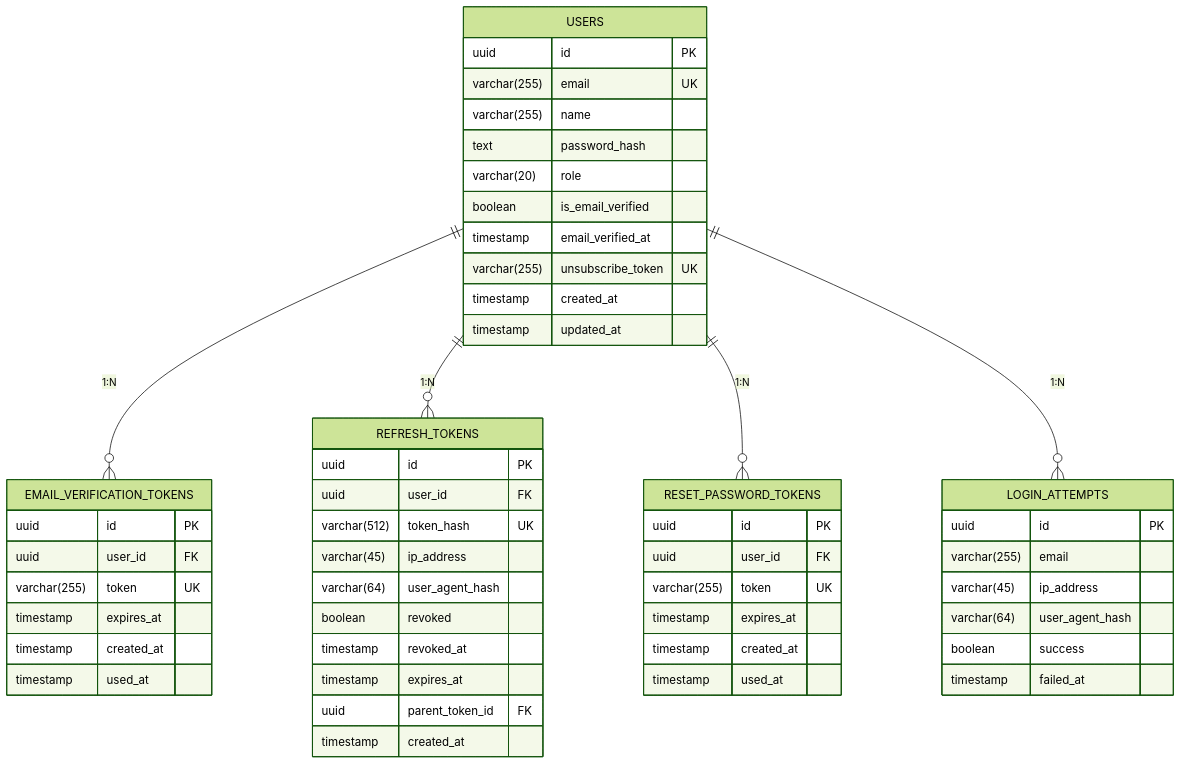
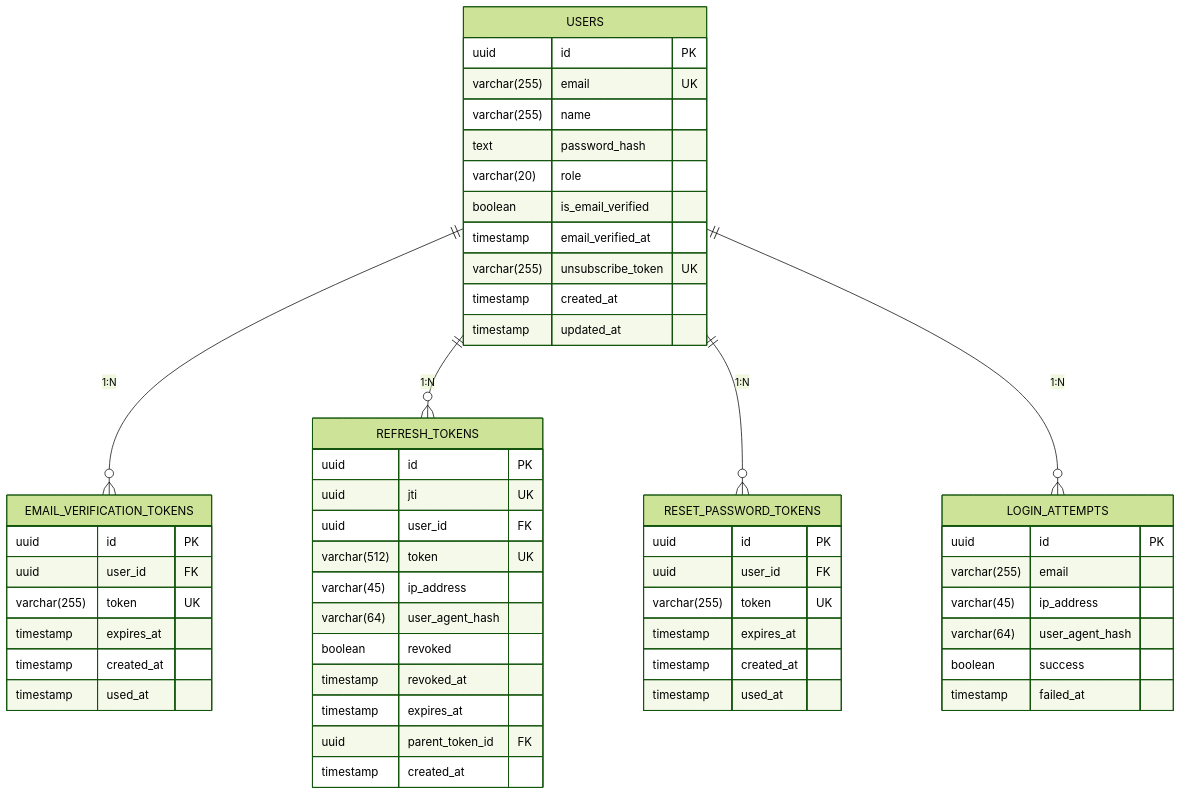
The diagram in 03-database.md (baks-dev/auth-system), drawn with Mermaid (forest theme) before and after one commit. The commit also changed other lines of this file and 1 other file, not shown here.

First line of the commit message:
Обновить схему refresh_tokens: добавить jti, переименовать token_hash в token, обновить индексы и revocation flow

````diff
--- a/03-database.md
+++ b/03-database.md
@@ -7,60 +7,61 @@
 ```mermaid
 erDiagram
     USERS ||--o{ EMAIL_VERIFICATION_TOKENS : "1:N"
     USERS ||--o{ REFRESH_TOKENS : "1:N"
     USERS ||--o{ RESET_PASSWORD_TOKENS : "1:N"
     USERS ||--o{ LOGIN_ATTEMPTS : "1:N"
 
     USERS {
         uuid id PK
         varchar(255) email UK
         varchar(255) name
         text password_hash
         varchar(20) role
         boolean is_email_verified
         timestamp email_verified_at
         varchar(255) unsubscribe_token UK
         timestamp created_at
         timestamp updated_at
     }
 
     EMAIL_VERIFICATION_TOKENS {
         uuid id PK
         uuid user_id FK
         varchar(255) token UK
         timestamp expires_at
         timestamp created_at
         timestamp used_at
     }
 
     REFRESH_TOKENS {
         uuid id PK
+        uuid jti UK
         uuid user_id FK
-        varchar(512) token_hash UK
+        varchar(512) token UK
         varchar(45) ip_address
         varchar(64) user_agent_hash
         boolean revoked
         timestamp revoked_at
         timestamp expires_at
         uuid parent_token_id FK
         timestamp created_at
     }
 
     RESET_PASSWORD_TOKENS {
         uuid id PK
         uuid user_id FK
         varchar(255) token UK
         timestamp expires_at
         timestamp created_at
         timestamp used_at
     }
 
     LOGIN_ATTEMPTS {
         uuid id PK
         varchar(255) email
         varchar(45) ip_address
         varchar(64) user_agent_hash
         boolean success
         timestamp failed_at
     }
 ```
````
